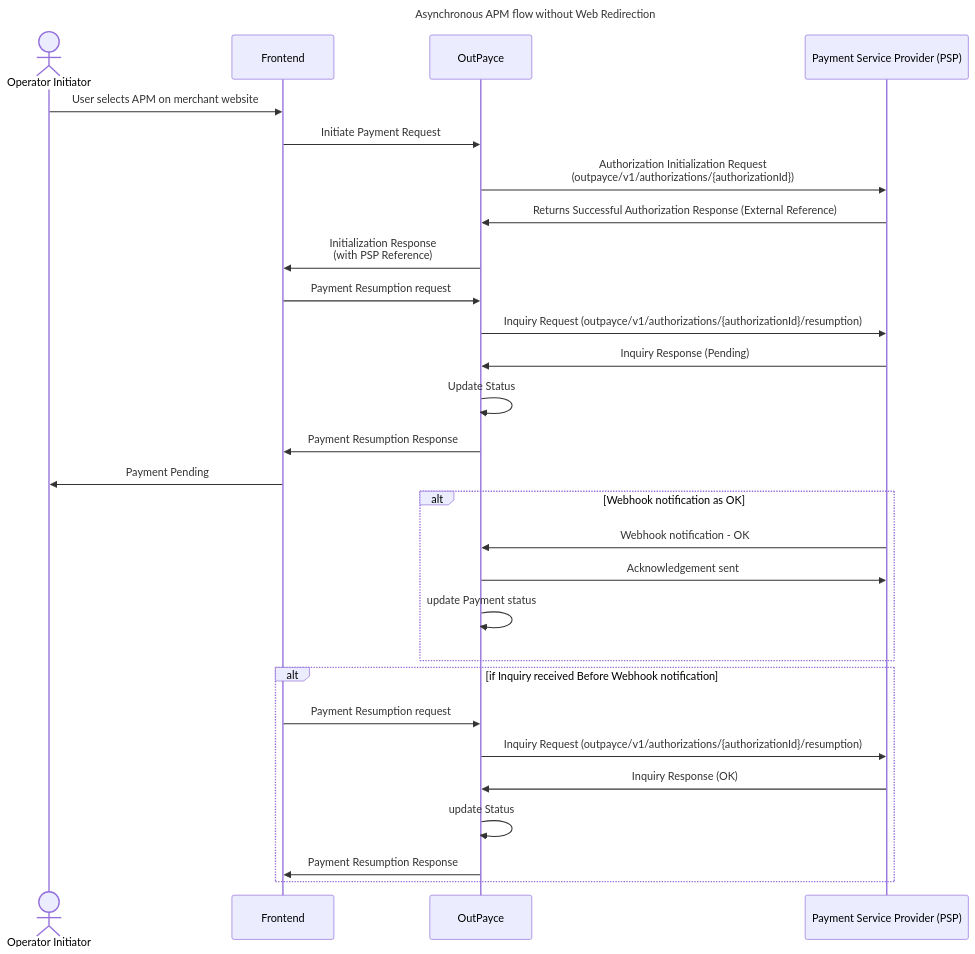
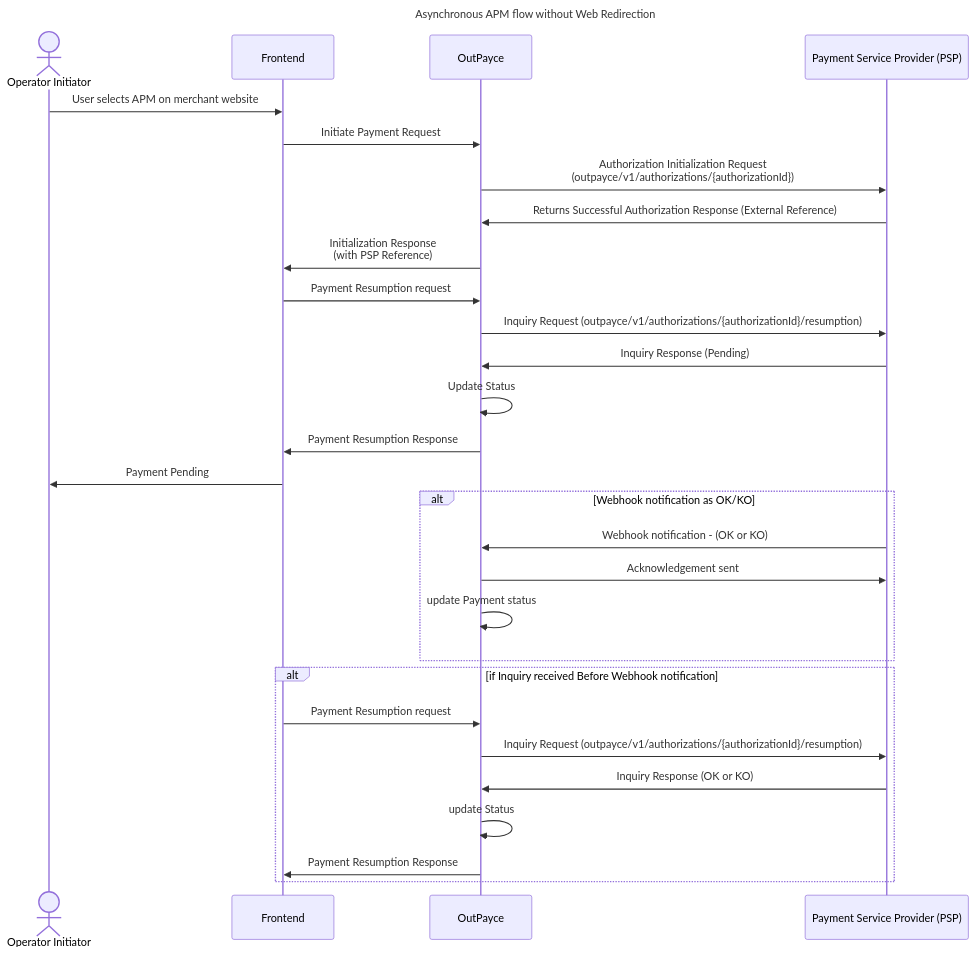
One commit to outpaycelab/outpayce-connect-api changed the third of 6 diagrams in specification-swagger/user-guide-Connect-api-APMs-acceptance.md. Above: the diagram before and after it, drawn with Mermaid. The commit also changed other lines of this file, not shown here.

````diff
--- a/specification-swagger/user-guide-Connect-api-APMs-acceptance.md
+++ b/specification-swagger/user-guide-Connect-api-APMs-acceptance.md
@@ -1218,39 +1308,39 @@
 ```mermaid
   sequenceDiagram
   Title: Asynchronous APM flow without Web Redirection
  
   actor OI as Operator Initiator
   participant FE as Frontend
   participant APS as OutPayce
   participant PSP as Payment Service Provider (PSP)
  
     OI->> FE : User selects APM on merchant website
     FE ->> APS: Initiate Payment Request
     APS ->> PSP: Authorization Initialization Request <br>(outpayce/v1/authorizations/{authorizationId})
      PSP ->> APS : Returns Successful Authorization Response (External Reference)
   APS ->> FE : Initialization Response <br>(with PSP Reference)
 
     FE ->> APS : Payment Resumption request
     APS ->> PSP : Inquiry Request (outpayce/v1/authorizations/{authorizationId}/resumption)
     PSP ->> APS : Inquiry Response (Pending)
     APS ->> APS : Update Status
     APS ->> FE : Payment Resumption Response
     FE ->> OI : Payment Pending
-  alt Webhook notification as OK
-    PSP ->> APS : Webhook notification - OK
+  alt Webhook notification as OK/KO
+    PSP ->> APS : Webhook notification - (OK or KO)
     APS ->> PSP : Acknowledgement sent
     APS ->> APS : update Payment status 
   end
 
   alt if Inquiry received Before Webhook notification
     FE ->> APS : Payment Resumption request
     APS ->> PSP : Inquiry Request (outpayce/v1/authorizations/{authorizationId}/resumption)
-    PSP ->> APS : Inquiry Response (OK)
+    PSP ->> APS : Inquiry Response (OK or KO)
     APS ->> APS : update Status
     APS ->> FE : Payment Resumption Response
   end
  
 
   %%{init:{'themeCSS':'.messageText:nth-of-type(3) {  font-size: 18px !important;};.messageText:nth-of-type(5) {  font-size: 18px !important;}'}}%%
 
 ```
````
